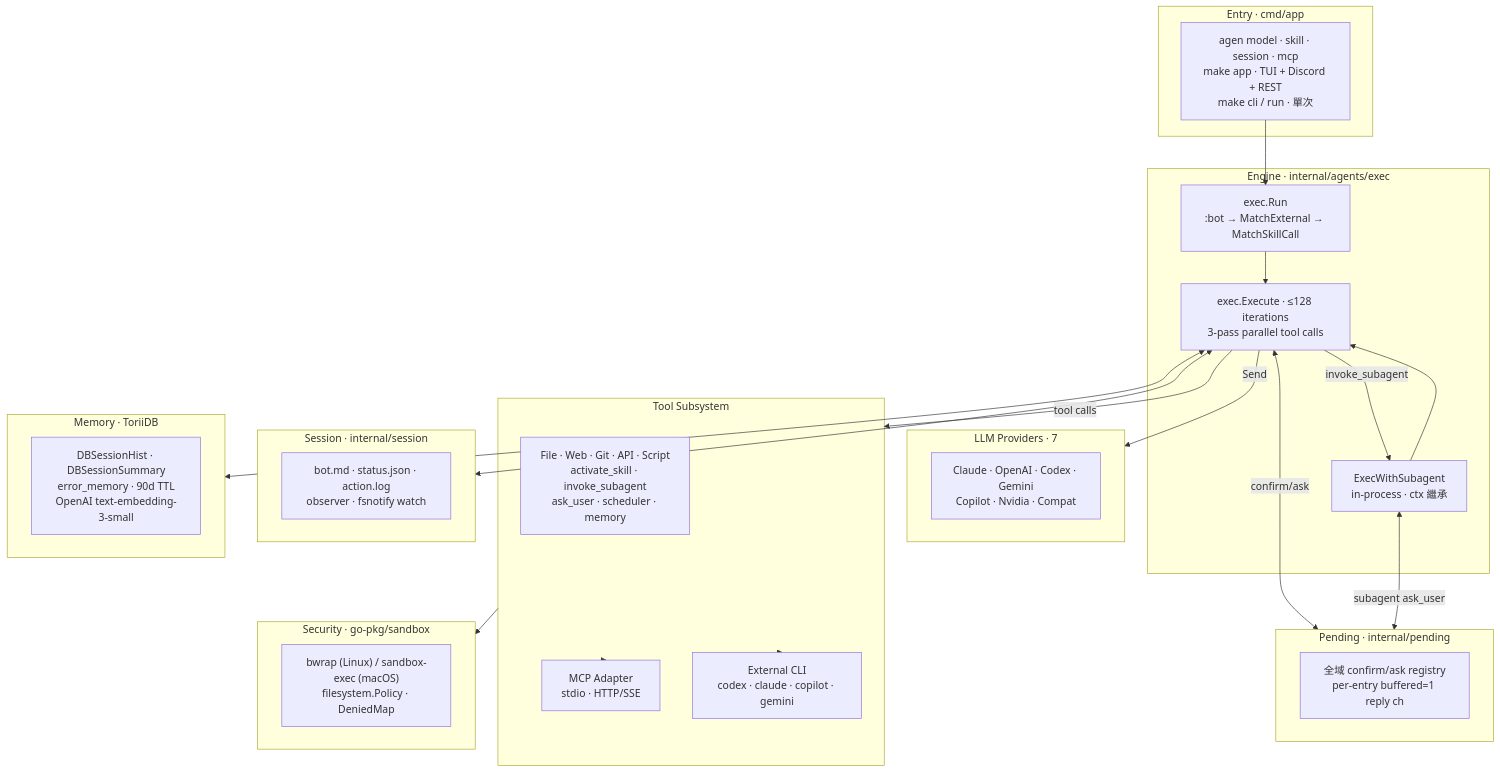
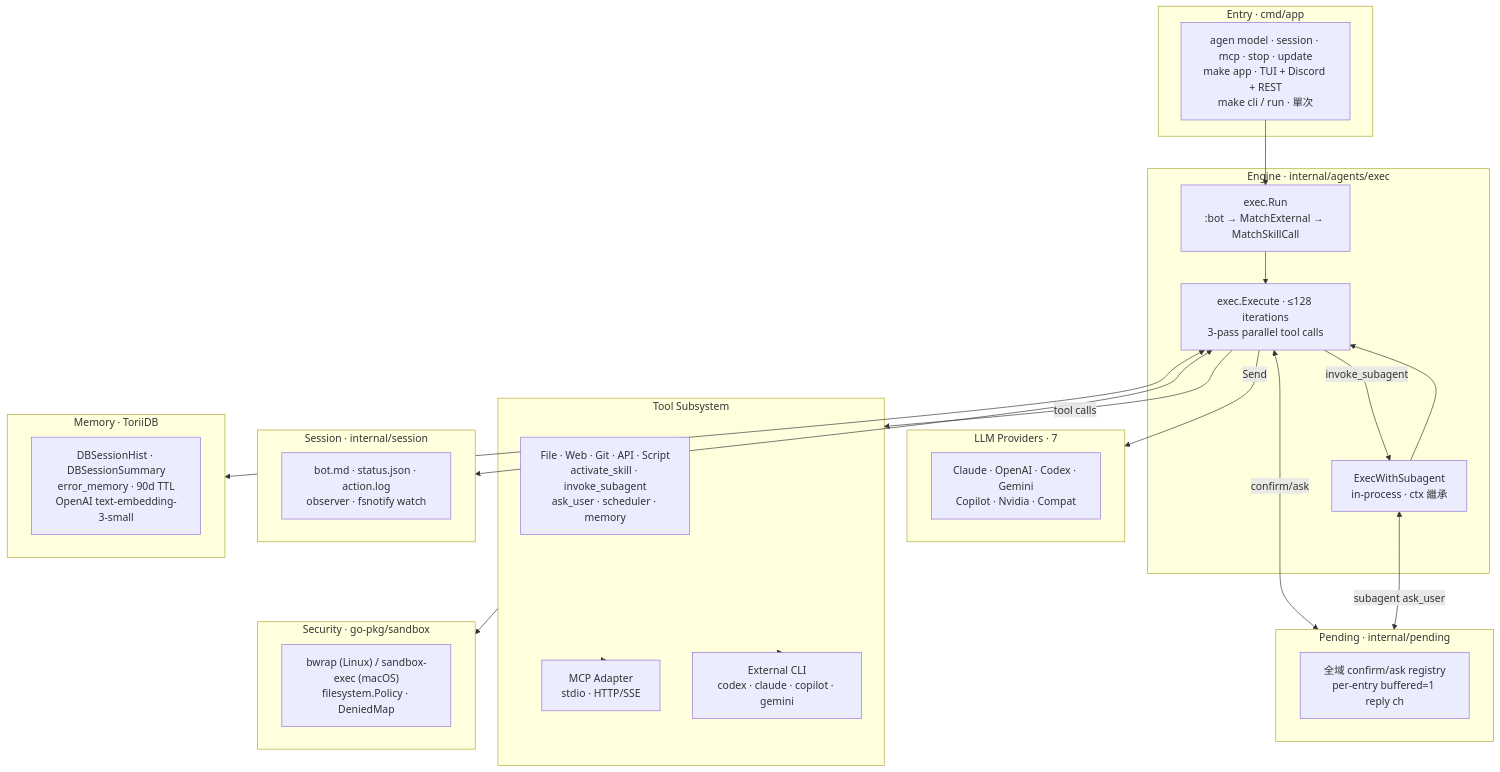
One commit to pardnchiu/Agenvoy changed the diagram in wiki/Architecture.zh.md. Above: the diagram before and after it, drawn with Mermaid. The commit also changed other lines of this file and 5 other files, not shown here.

````diff
--- a/wiki/Architecture.zh.md
+++ b/wiki/Architecture.zh.md
@@ -9,52 +9,52 @@
 ```mermaid
 graph TB
     subgraph Entry["Entry · cmd/app"]
-        App["agen model · skill · session · mcp<br/>make app · TUI + Discord + REST<br/>make cli / run · 單次"]
+        App["agen model · session · mcp · stop · update<br/>make app · TUI + Discord + REST<br/>make cli / run · 單次"]
     end
 
     subgraph Engine["Engine · internal/agents/exec"]
         Run["exec.Run<br/>:bot → MatchExternal → MatchSkillCall"]
         Execute["exec.Execute · ≤128 iterations<br/>3-pass parallel tool calls"]
         Sub["ExecWithSubagent<br/>in-process · ctx 繼承"]
     end
 
     subgraph Pending["Pending · internal/pending"]
         Reg["全域 confirm/ask registry<br/>per-entry buffered=1 reply ch"]
     end
 
     subgraph Providers["LLM Providers · 7"]
         P["Claude · OpenAI · Codex · Gemini<br/>Copilot · Nvidia · Compat"]
     end
 
     subgraph Tools["Tool Subsystem"]
         T["File · Web · Git · API · Script<br/>activate_skill · invoke_subagent<br/>ask_user · scheduler · memory"]
         MCP["MCP Adapter<br/>stdio · HTTP/SSE"]
         Ext["External CLI<br/>codex · claude · copilot · gemini"]
     end
 
     subgraph Security["Security · go-pkg/sandbox"]
         S["bwrap (Linux) / sandbox-exec (macOS)<br/>filesystem.Policy · DeniedMap"]
     end
 
     subgraph Session["Session · internal/session"]
         SL["bot.md · status.json · action.log<br/>observer · fsnotify watch"]
     end
 
     subgraph Memory["Memory · ToriiDB"]
         M["DBSessionHist · DBSessionSummary<br/>error_memory · 90d TTL<br/>OpenAI text-embedding-3-small"]
     end
 
     App --> Run
     Run --> Execute
     Execute -->|invoke_subagent| Sub
     Sub --> Execute
     Execute -->|Send| Providers
     Execute -->|tool calls| Tools
     Tools --> MCP
     Tools --> Ext
     Tools --> Security
     Execute <-->|confirm/ask| Pending
     Sub <-->|subagent ask_user| Pending
     Execute <--> Memory
     Execute <--> Session
 ```
````
